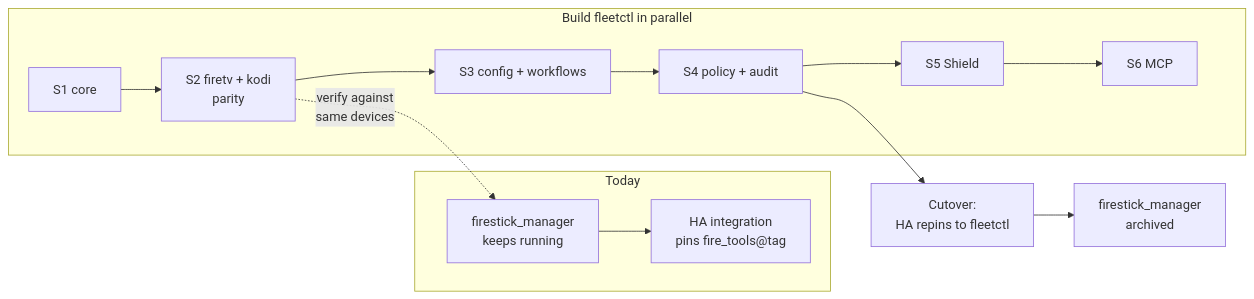
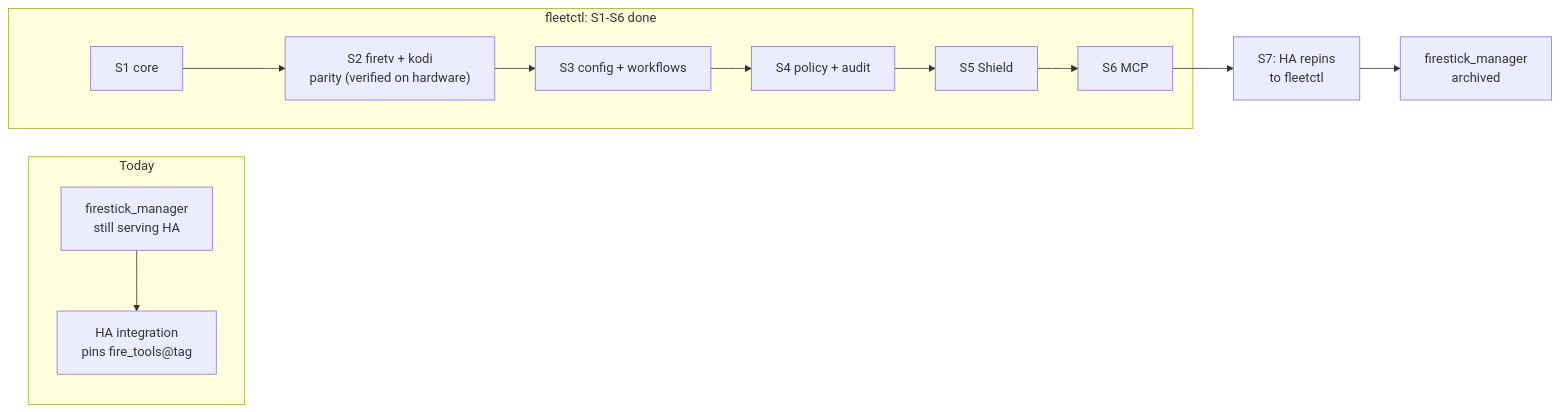
The diagram in docs/roadmap.md (salvuswarez/fleetctl), drawn with Mermaid before and after one commit. The commit also changed other lines of this file and 17 other files, not shown here.

````diff
--- a/docs/roadmap.md
+++ b/docs/roadmap.md
@@ -12,14 +20,13 @@
 ```mermaid
 flowchart LR
     subgraph now["Today"]
-        FM["firestick_manager<br/>keeps running"]
+        FM["firestick_manager<br/>still serving HA"]
         HAOLD["HA integration<br/>pins fire_tools@tag"]
         FM --> HAOLD
     end
-    subgraph build["Build fleetctl in parallel"]
-        S1["S1 core"] --> S2["S2 firetv + kodi<br/>parity"] --> S3["S3 config + workflows"] --> S4["S4 policy + audit"] --> S5["S5 Shield"] --> S6["S6 MCP"]
+    subgraph built["fleetctl: S1-S6 done"]
+        S1["S1 core"] --> S2["S2 firetv + kodi<br/>parity (verified on hardware)"] --> S3["S3 config + workflows"] --> S4["S4 policy + audit"] --> S5["S5 Shield"] --> S6["S6 MCP"]
     end
-    S2 -.->|"verify against<br/>same devices"| FM
-    S4 --> CUT["Cutover:<br/>HA repins to fleetctl"]
+    S6 --> CUT["S7: HA repins<br/>to fleetctl"]
     CUT --> RET["firestick_manager<br/>archived"]
 ```
````
